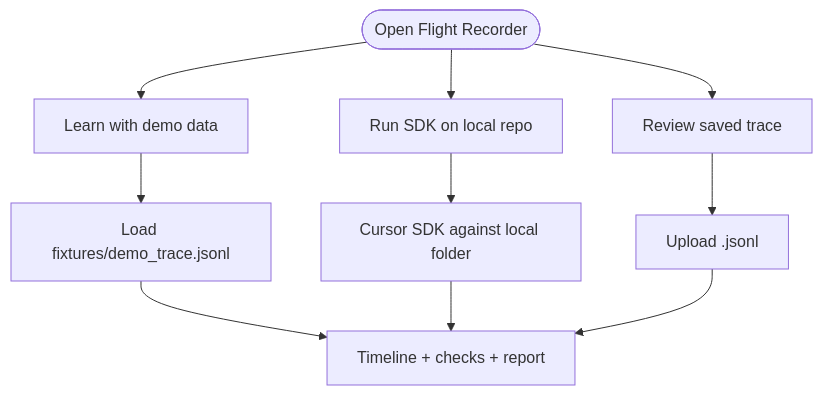
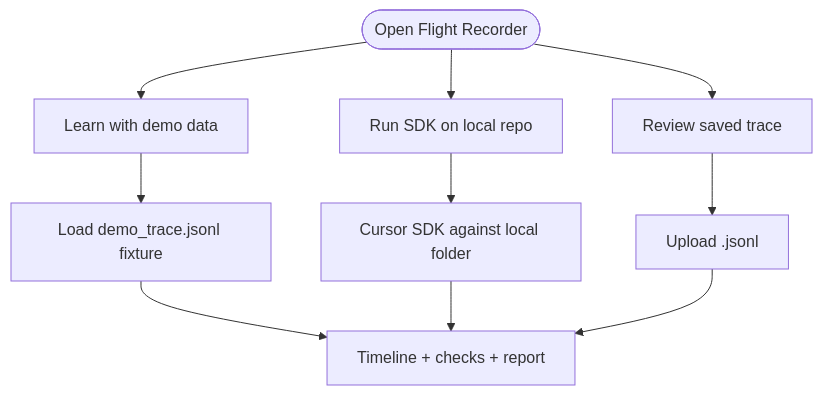
One commit to GwriPennar/cursor-sdk-flight-recorder changed the fourth of 9 diagrams in README.md. Above: the diagram before and after it, drawn with Mermaid. The commit also changed other lines of this file, not shown here.

First line of the commit message:
fix: repair README Mermaid and tables for GitHub rendering

````diff
--- a/README.md
+++ b/README.md
@@ -159,12 +159,12 @@
 ```mermaid
 flowchart TD
     Start([Open Flight Recorder]) --> P1[Learn with demo data]
     Start --> P2[Run SDK on local repo]
     Start --> P3[Review saved trace]
-    P1 --> D[Load fixtures/demo_trace.jsonl]
+    P1 --> D[Load demo_trace.jsonl fixture]
     P2 --> S[Cursor SDK against local folder]
     P3 --> J[Upload .jsonl]
     D --> View[Timeline + checks + report]
     S --> View
     J --> View
 ```
````
